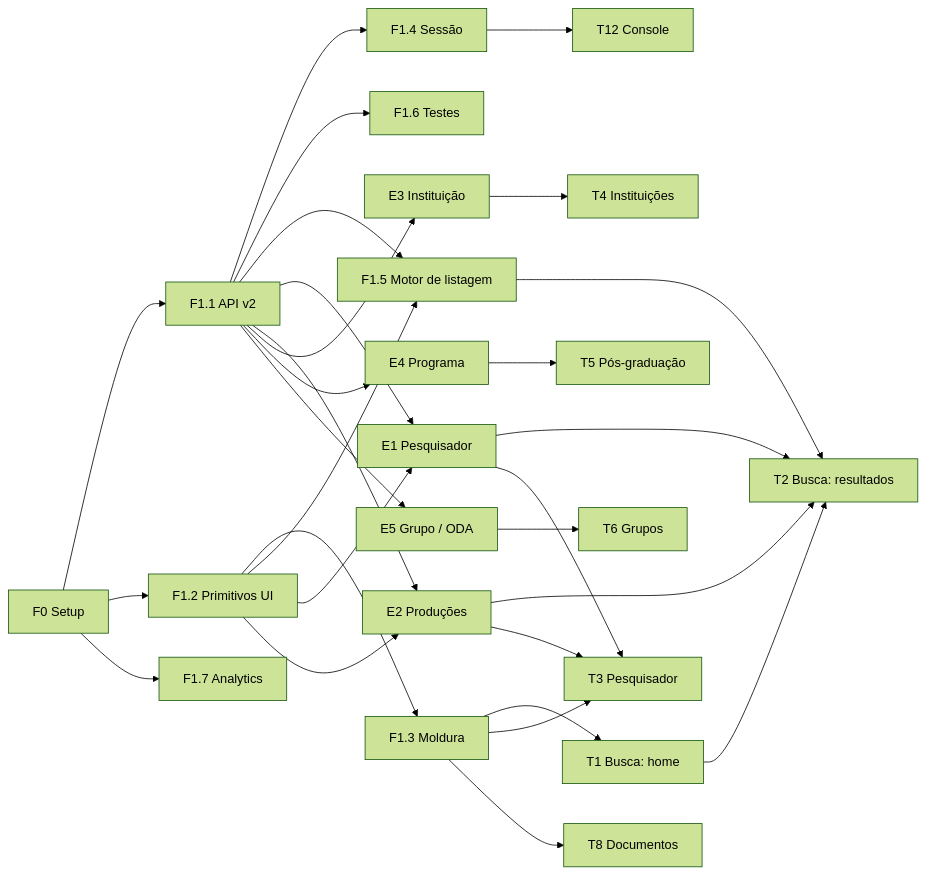
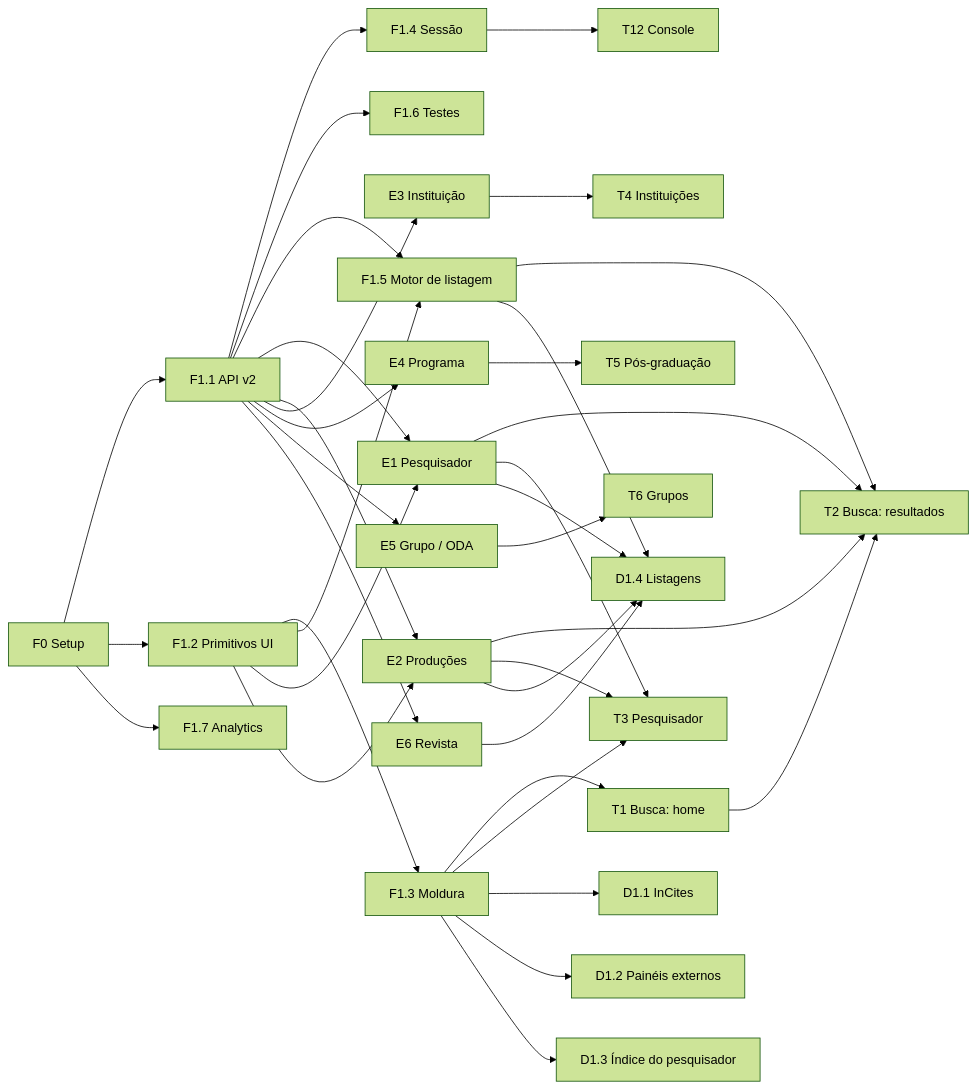
One commit to observatorio-secti/simcc-front changed the diagram in docs/roadmap.md. Above: the diagram before and after it, drawn with Mermaid (forest theme). The commit also changed other lines of this file and 4 other files, not shown here.

First line of the commit message:
docs: ajusta o escopo do roadmap e registra o estado do backend

````diff
--- a/docs/roadmap.md
+++ b/docs/roadmap.md
@@ -17,31 +17,38 @@
 ```mermaid
 graph LR
   F0[F0 Setup] --> F11[F1.1 API v2]
   F0 --> F12[F1.2 Primitivos UI]
   F0 --> F17[F1.7 Analytics]
   F12 --> F13[F1.3 Moldura]
   F11 --> F14[F1.4 Sessão]
   F11 --> F16[F1.6 Testes]
   F11 --> F15[F1.5 Motor de listagem]
   F12 --> F15
   F11 --> E1[E1 Pesquisador]
   F12 --> E1
   F11 --> E2[E2 Produções]
   F12 --> E2
   F11 --> E3[E3 Instituição]
   F11 --> E4[E4 Programa]
   F11 --> E5[E5 Grupo / ODA]
   F13 --> T1[T1 Busca: home]
   F15 --> T2[T2 Busca: resultados]
   T1 --> T2
   E1 --> T2
   E2 --> T2
   E1 --> T3[T3 Pesquisador]
   E2 --> T3
   F13 --> T3
   E3 --> T4[T4 Instituições]
   E4 --> T5[T5 Pós-graduação]
   E5 --> T6[T6 Grupos]
-  F13 --> T8[T8 Documentos]
+  F11 --> E6[E6 Revista]
+  F13 --> D11[D1.1 InCites]
+  F13 --> D12[D1.2 Painéis externos]
+  F13 --> D13[D1.3 Índice do pesquisador]
+  F15 --> D14[D1.4 Listagens]
+  E1 --> D14
+  E2 --> D14
+  E6 --> D14
   F14 --> T12[T12 Console]
 ```
````
